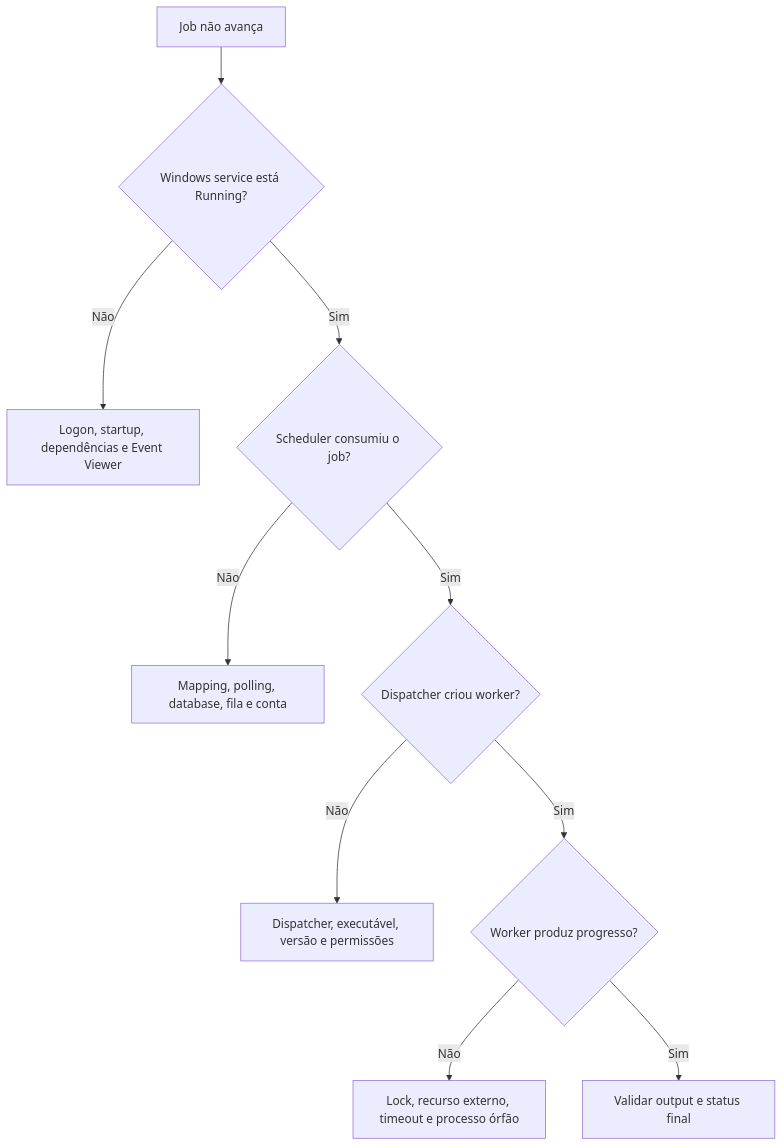
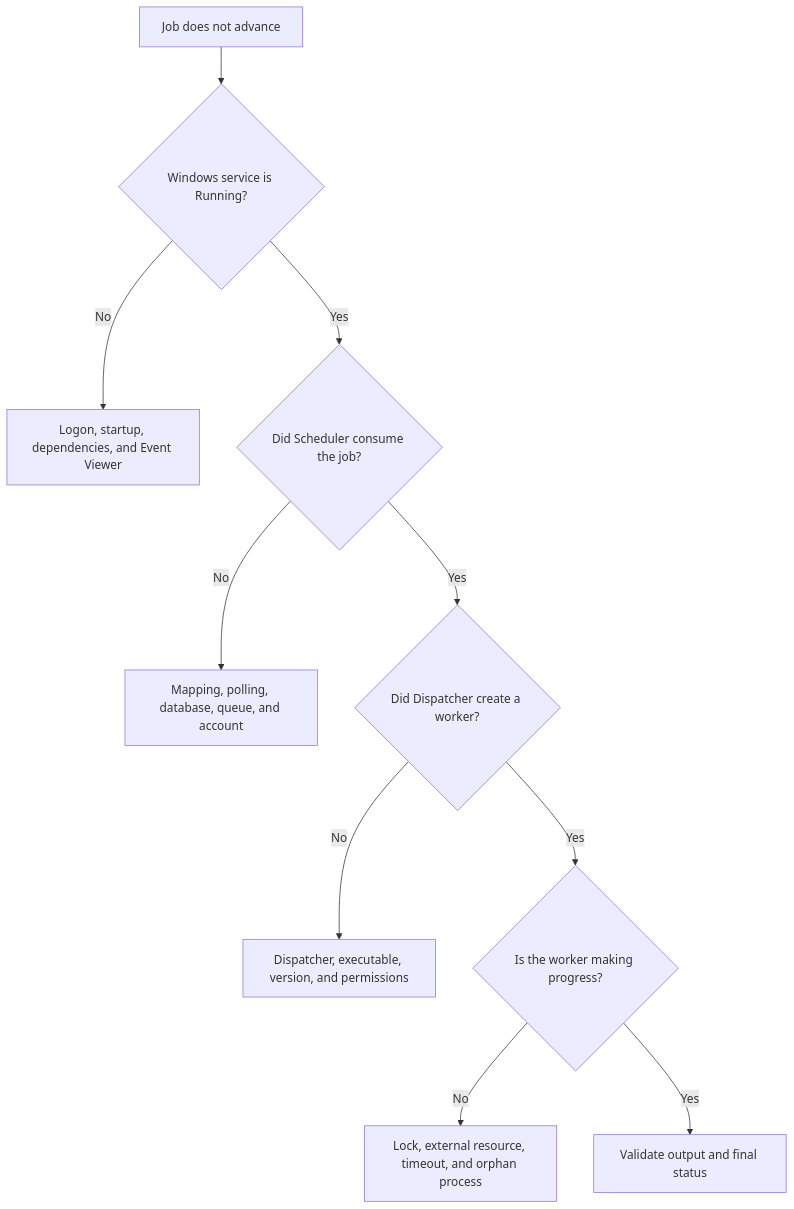
Before and after one commit to msekimoto/investran: the diagram in docs/application-services/troubleshooting-restart.md, drawn with Mermaid. The commit also changed other lines of this file and 105 other files, not shown here.

````diff
--- a/docs/application-services/troubleshooting-restart.md
+++ b/docs/application-services/troubleshooting-restart.md
@@ -24,12 +24,12 @@
 ```mermaid
 flowchart TD
-    A[Job não avança] --> B{Windows service está Running?}
-    B -->|Não| C[Logon, startup, dependências e Event Viewer]
-    B -->|Sim| D{Scheduler consumiu o job?}
-    D -->|Não| E[Mapping, polling, database, fila e conta]
-    D -->|Sim| F{Dispatcher criou worker?}
-    F -->|Não| G[Dispatcher, executável, versão e permissões]
-    F -->|Sim| H{Worker produz progresso?}
-    H -->|Não| I[Lock, recurso externo, timeout e processo órfão]
-    H -->|Sim| J[Validar output e status final]
+    A[Job does not advance] --> B{Windows service is Running?}
+    B -->|No| C[Logon, startup, dependencies, and Event Viewer]
+    B -->|Yes| D{Did Scheduler consume the job?}
+    D -->|No| E[Mapping, polling, database, queue, and account]
+    D -->|Yes| F{Did Dispatcher create a worker?}
+    F -->|No| G[Dispatcher, executable, version, and permissions]
+    F -->|Yes| H{Is the worker making progress?}
+    H -->|No| I[Lock, external resource, timeout, and orphan process]
+    H -->|Yes| J[Validate output and final status]
 ```
````
